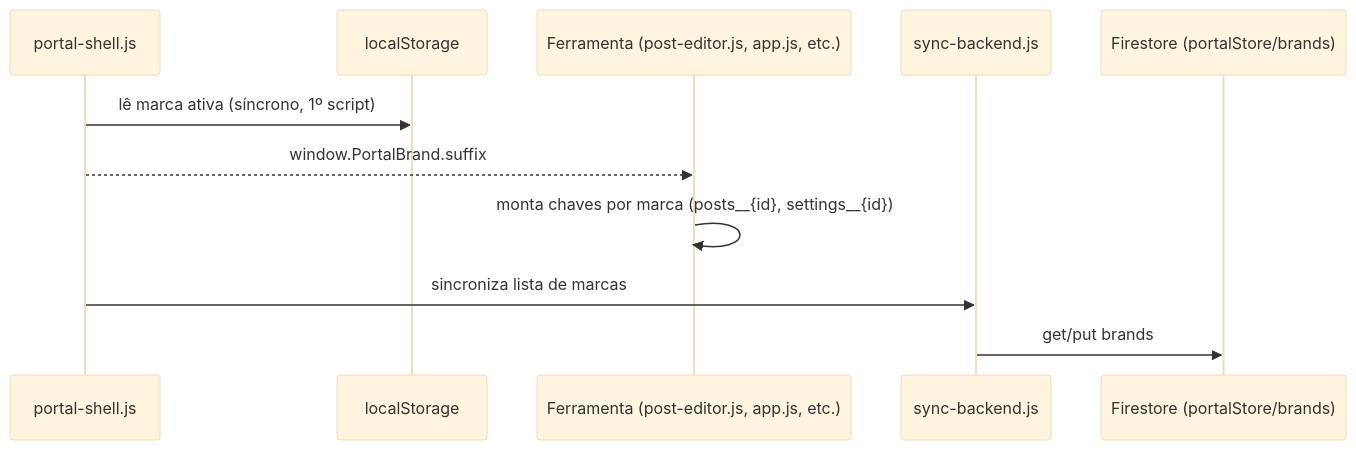
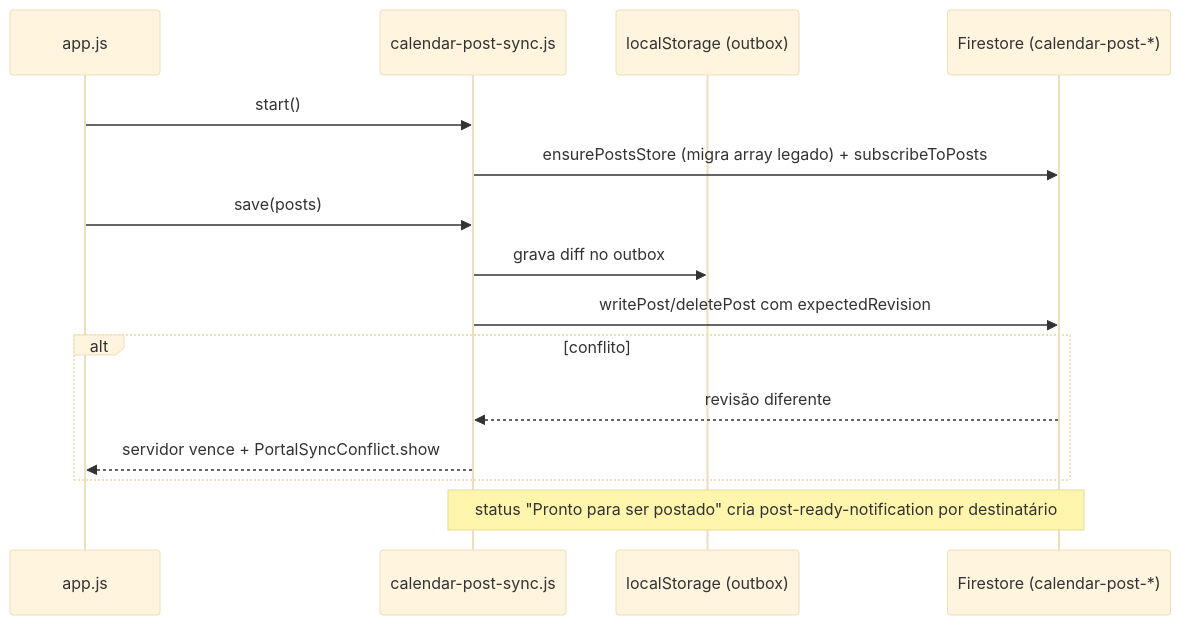
The fourth of 6 diagrams in docs/CODEBASE_MAP.md (vonderferramentas-coder/portalmktovd), drawn with Mermaid (base theme) before and after one commit. The commit also changed other lines of this file and 15 other files, not shown here.

````diff
--- a/docs/CODEBASE_MAP.md
+++ b/docs/CODEBASE_MAP.md
@@ -275,14 +410,18 @@
 ```mermaid
 sequenceDiagram
-    participant Shell as portal-shell.js
-    participant LS as localStorage
-    participant App as Ferramenta (post-editor.js, app.js, etc.)
-    participant Sync as sync-backend.js
-    participant FS as Firestore (portalStore/brands)
+    participant App as app.js
+    participant Sync as calendar-post-sync.js
+    participant LS as localStorage (outbox)
+    participant FS as Firestore (calendar-post-*)
 
-    Shell->>LS: lê marca ativa (síncrono, 1º script)
-    Shell-->>App: window.PortalBrand.suffix
-    App->>App: monta chaves por marca (posts__{id}, settings__{id})
-    Shell->>Sync: sincroniza lista de marcas
-    Sync->>FS: get/put brands
+    App->>Sync: start()
+    Sync->>FS: ensurePostsStore (migra array legado) + subscribeToPosts
+    App->>Sync: save(posts)
+    Sync->>LS: grava diff no outbox
+    Sync->>FS: writePost/deletePost com expectedRevision
+    alt conflito
+        FS-->>Sync: revisão diferente
+        Sync-->>App: servidor vence + PortalSyncConflict.show
+    end
+    Note over Sync,FS: status "Pronto para ser postado" cria post-ready-notification por destinatário
 ```
````
